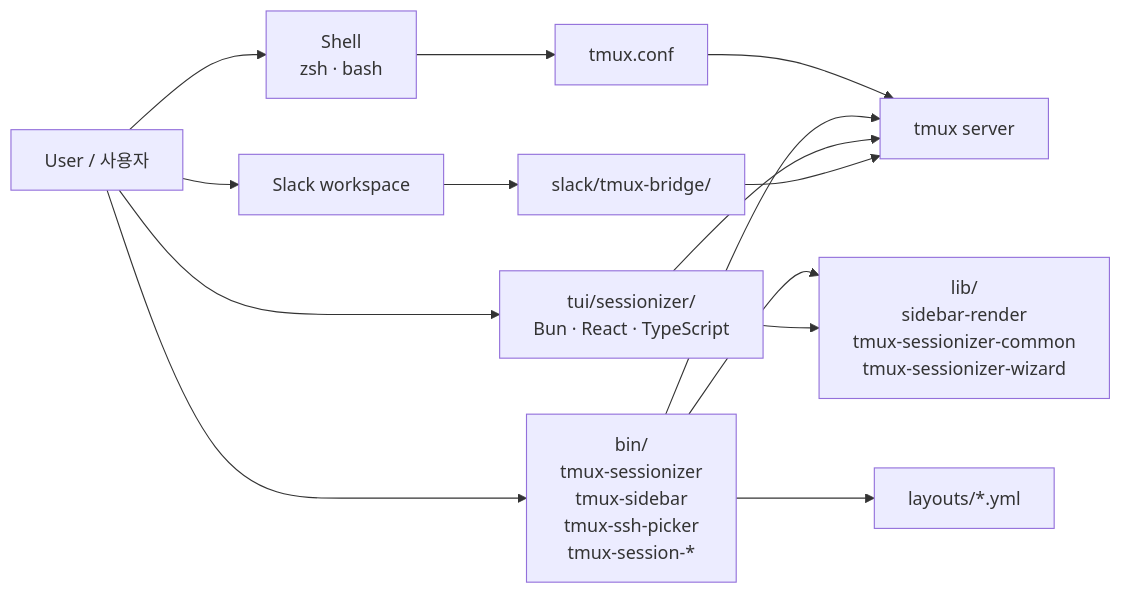
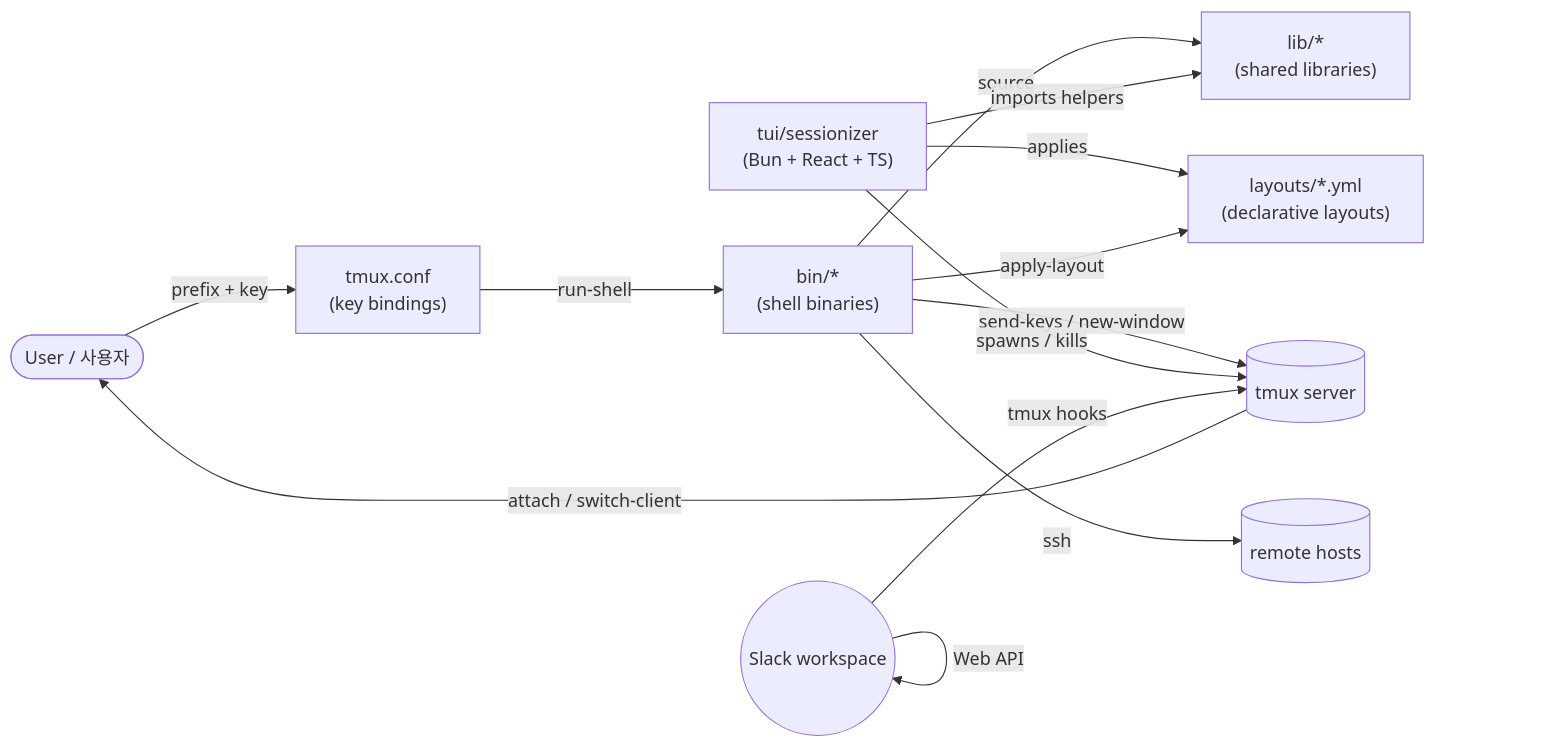
Before and after one commit to jclee941/tmux: the first of 2 diagrams in README.md, drawn with Mermaid. The commit also changed other lines of this file, not shown here.

````diff
--- a/README.md
+++ b/README.md
@@ -65,16 +72,25 @@
 ```mermaid
 flowchart LR
-    User["User / 사용자"] --> Shell["Shell<br/>zsh · bash"]
-    Shell --> Conf["tmux.conf"]
-    Conf --> Tmux["tmux server"]
-    User --> Bin["bin/<br/>tmux-sessionizer<br/>tmux-sidebar<br/>tmux-ssh-picker<br/>tmux-session-*"]
-    Bin --> Lib["lib/<br/>sidebar-render<br/>tmux-sessionizer-common<br/>tmux-sessionizer-wizard"]
-    Bin --> Layouts["layouts/*.yml"]
-    Bin --> Tmux
-    User --> TUI["tui/sessionizer/<br/>Bun · React · TypeScript"]
-    TUI --> Tmux
-    TUI --> Lib
-    User --> Slack["Slack workspace"]
-    Slack --> Bridge["slack/tmux-bridge/"]
-    Bridge --> Tmux
+    User([User / 사용자])
+    TmuxConf["tmux.conf<br/>(key bindings)"]
+    Bin["bin/*<br/>(shell binaries)"]
+    Lib["lib/*<br/>(shared libraries)"]
+    Layouts["layouts/*.yml<br/>(declarative layouts)"]
+    TUI["tui/sessionizer<br/>(Bun + React + TS)"]
+    Slack["slack/tmux-bridge<br/>(Slack daemon)"]
+    Tmux[(tmux server)]
+    SSH[(remote hosts)]
+
+    User -- "prefix + key" --> TmuxConf
+    TmuxConf -- "run-shell" --> Bin
+    Bin -- "source" --> Lib
+    Bin -- "send-keys / new-window" --> Tmux
+    Tmux -- "attach / switch-client" --> User
+    TUI -- "spawns / kills" --> Tmux
+    TUI -- "applies" --> Layouts
+    TUI -- "imports helpers" --> Lib
+    Bin -- "apply-layout" --> Layouts
+    Slack -- "tmux hooks" --> Tmux
+    Slack -- "Web API" --> Slack((Slack workspace))
+    Bin -- "ssh" --> SSH
 ```
````
